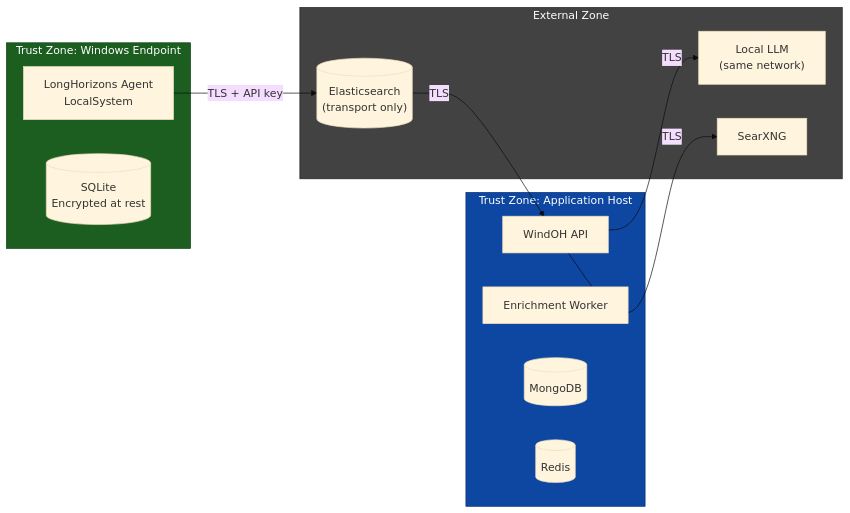
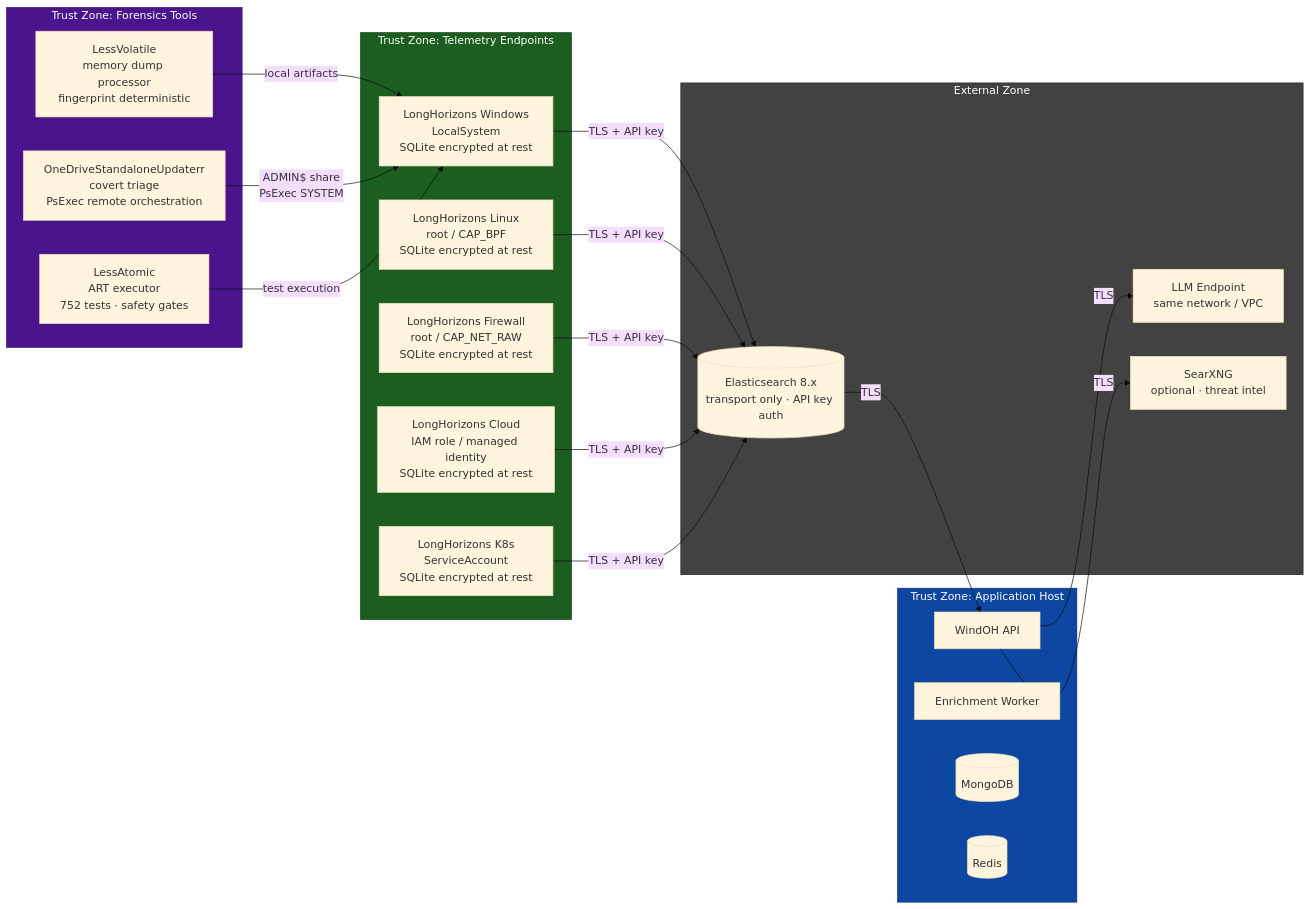
Before and after one commit to LongHorizons/WindOH: the fourth of 4 diagrams in README.md, drawn with Mermaid (base theme). The commit also changed other lines of this file, not shown here.

````diff
--- a/README.md
+++ b/README.md
@@ -422,33 +461,50 @@
 ```mermaid
 graph LR
     classDef trust fill:#43a047,stroke:#2e7d32,color:#fff
     classDef boundary fill:#e53935,stroke:#b71c1c,color:#fff
     classDef external fill:#999,stroke:#666,color:#fff
 
-    subgraph Endpoint ["Trust Zone: Windows Endpoint"]
-        Agent[LongHorizons Agent<br/>LocalSystem]
-        SQLite[(SQLite<br/>Encrypted at rest)]
+    subgraph EndpointZone ["Trust Zone: Telemetry Endpoints"]
+        WinAgent["LongHorizons Windows<br/>LocalSystem<br/>SQLite encrypted at rest"]
+        LinuxAgent["LongHorizons Linux<br/>root / CAP_BPF<br/>SQLite encrypted at rest"]
+        FWAgent["LongHorizons Firewall<br/>root / CAP_NET_RAW<br/>SQLite encrypted at rest"]
+        CloudAgent["LongHorizons Cloud<br/>IAM role / managed identity<br/>SQLite encrypted at rest"]
+        K8sAgent["LongHorizons K8s<br/>ServiceAccount<br/>SQLite encrypted at rest"]
+    end
+
+    subgraph ForensicsZone ["Trust Zone: Forensics Tools"]
+        LV["LessVolatile<br/>memory dump processor<br/>fingerprint deterministic"]
+        OSD["OneDriveStandaloneUpdaterr<br/>covert triage<br/>PsExec remote orchestration"]
+        LA["LessAtomic<br/>ART executor<br/>752 tests · safety gates"]
     end
 
     subgraph AppZone ["Trust Zone: Application Host"]
         API[WindOH API]
         Worker[Enrichment Worker]
         Mongo[(MongoDB)]
         Redis[(Redis)]
     end
 
     subgraph ExtZone ["External Zone"]
-        ES[("Elasticsearch<br/>(transport only)")]
-        LLM["Local LLM<br/>(same network)"]
-        SearXNG["SearXNG"]
+        ES[("Elasticsearch 8.x<br/>transport only · API key auth")]
+        LLM["LLM Endpoint<br/>same network / VPC"]
+        SearXNG["SearXNG<br/>optional · threat intel"]
     end
 
-    Agent -->|"TLS + API key"| ES
+    WinAgent -->|"TLS + API key"| ES
+    LinuxAgent -->|"TLS + API key"| ES
+    FWAgent -->|"TLS + API key"| ES
+    CloudAgent -->|"TLS + API key"| ES
+    K8sAgent -->|"TLS + API key"| ES
+    LV -->|"local artifacts"| WinAgent
+    OSD -->|"ADMIN$ share<br/>PsExec SYSTEM"| WinAgent
+    LA -->|"test execution"| WinAgent
     ES -->|"TLS"| API
     API -->|"TLS"| LLM
     API -->|"TLS"| SearXNG
     
-    style Endpoint fill:#1b5e20,stroke:#0d3b12,color:#fff
+    style EndpointZone fill:#1b5e20,stroke:#0d3b12,color:#fff
+    style ForensicsZone fill:#4a148c,stroke:#311b92,color:#fff
     style AppZone fill:#0d47a1,stroke:#0a2f6e,color:#fff
     style ExtZone fill:#424242,stroke:#212121,color:#fff
 ```
````
